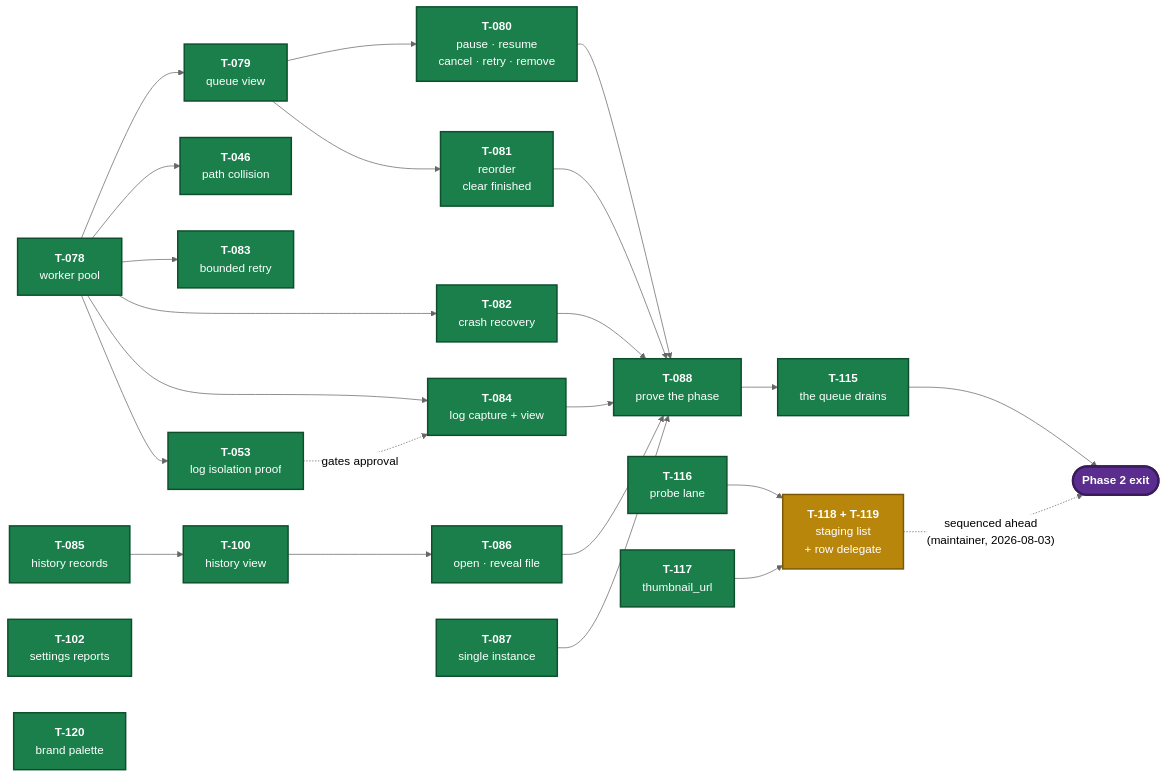
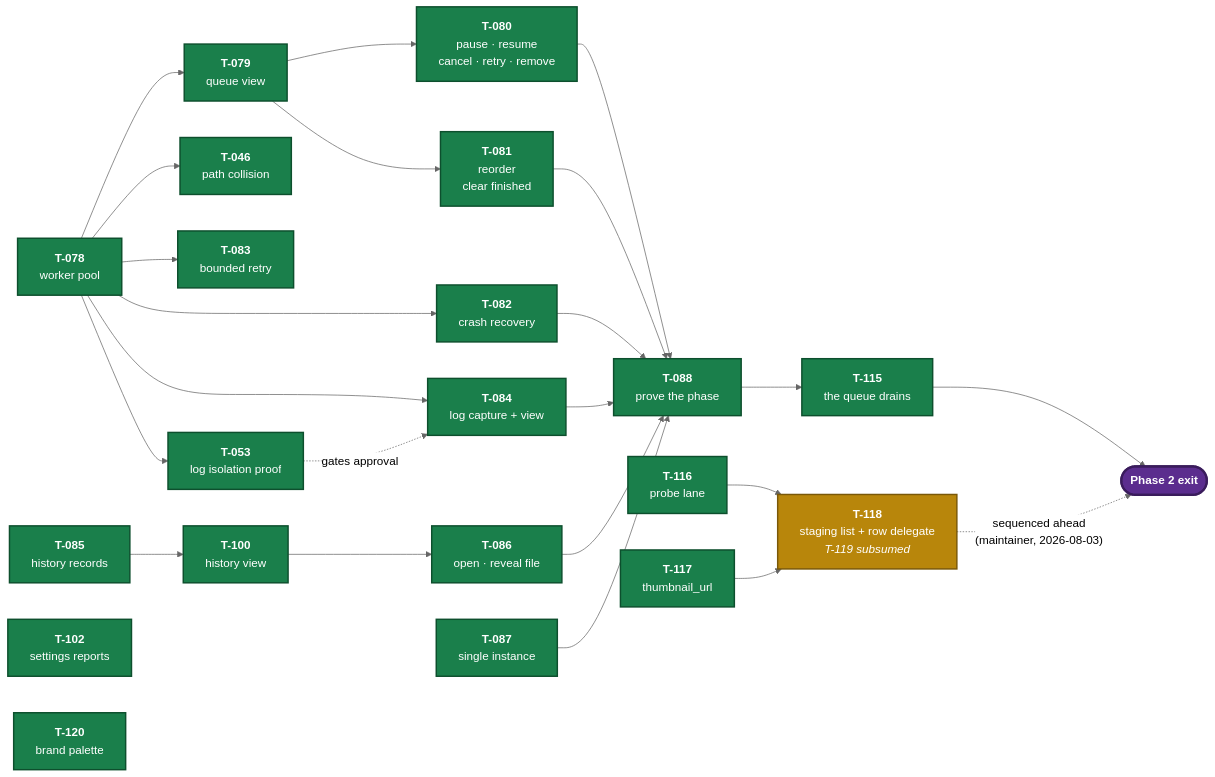
One commit to kottmans/tracks-and-trails changed the diagram in ai/IMPLEMENTATION_PLAN.md. Above: the diagram before and after it, drawn with Mermaid (neutral theme). The commit also changed other lines of this file and 4 other files, not shown here.

````diff
--- a/ai/IMPLEMENTATION_PLAN.md
+++ b/ai/IMPLEMENTATION_PLAN.md
@@ -206,57 +207,57 @@
 ```mermaid
 flowchart LR
     classDef approved fill:#1a7f4b,stroke:#0d4f2d,stroke-width:2px,color:#fff
     classDef review   fill:#b8860b,stroke:#7a5808,stroke-width:2px,color:#fff
     classDef ready    fill:#1f5fa8,stroke:#123a68,stroke-width:2px,color:#fff
     classDef proposed fill:#4a4a4a,stroke:#2a2a2a,stroke-width:2px,color:#fff
     classDef exit     fill:#5b2d8e,stroke:#3a1c5c,stroke-width:3px,color:#fff
 
     T078["<b>T-078</b><br/>worker pool"]:::approved
     T079["<b>T-079</b><br/>queue view"]:::approved
     T085["<b>T-085</b><br/>history records"]:::approved
     T080["<b>T-080</b><br/>pause · resume<br/>cancel · retry · remove"]:::approved
     T081["<b>T-081</b><br/>reorder<br/>clear finished"]:::approved
     T046["<b>T-046</b><br/>path collision"]:::approved
     T083["<b>T-083</b><br/>bounded retry"]:::approved
     T053["<b>T-053</b><br/>log isolation proof"]:::approved
     T082["<b>T-082</b><br/>crash recovery"]:::approved
     T084["<b>T-084</b><br/>log capture + view"]:::approved
     T100["<b>T-100</b><br/>history view"]:::approved
     T102["<b>T-102</b><br/>settings reports"]:::approved
     T087["<b>T-087</b><br/>single instance"]:::approved
     T086["<b>T-086</b><br/>open · reveal file"]:::approved
     T088["<b>T-088</b><br/>prove the phase"]:::approved
     T115["<b>T-115</b><br/>the queue drains"]:::approved
 
     T116["<b>T-116</b><br/>probe lane"]:::approved
     T117["<b>T-117</b><br/>thumbnail_url"]:::approved
     T120["<b>T-120</b><br/>brand palette"]:::approved
-    T118["<b>T-118 + T-119</b><br/>staging list<br/>+ row delegate"]:::review
+    T118["<b>T-118</b><br/>staging list + row delegate<br/><i>T-119 subsumed</i>"]:::review
 
     EXIT(["<b>Phase 2 exit</b>"]):::exit
 
     T078 --> T079
     T078 --> T046
     T078 --> T083
     T078 --> T082
     T078 --> T084
     T078 --> T053
     T079 --> T080
     T079 --> T081
     T085 --> T100
     T100 --> T086
     T053 -. gates approval .-> T084
 
     T080 --> T088
     T081 --> T088
     T082 --> T088
     T084 --> T088
     T086 --> T088
     T087 --> T088
     T088 --> T115
     T115 --> EXIT
 
     T116 --> T118
     T117 --> T118
     T118 -. "sequenced ahead<br/>(maintainer, 2026-08-03)" .-> EXIT
 ```
````
